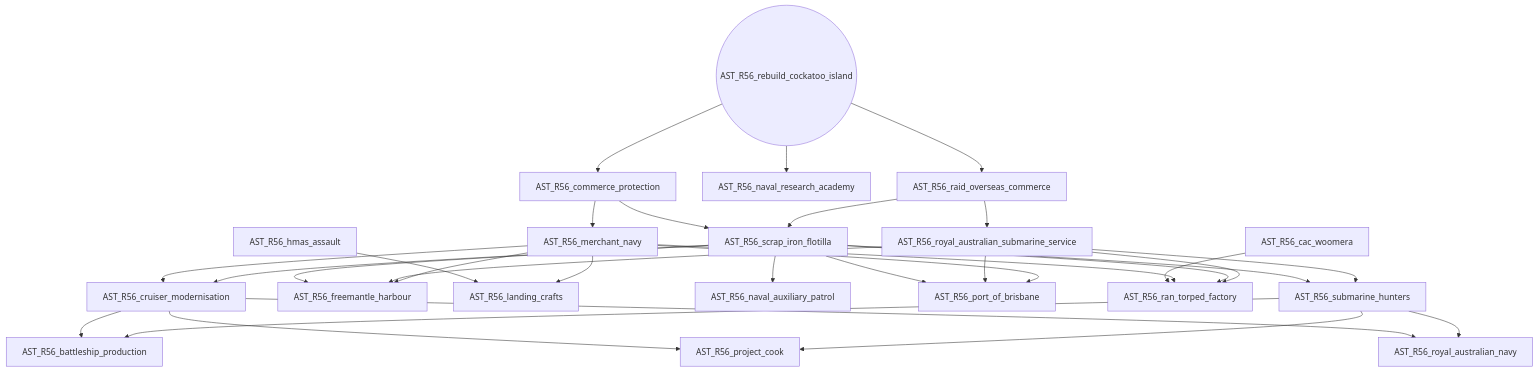
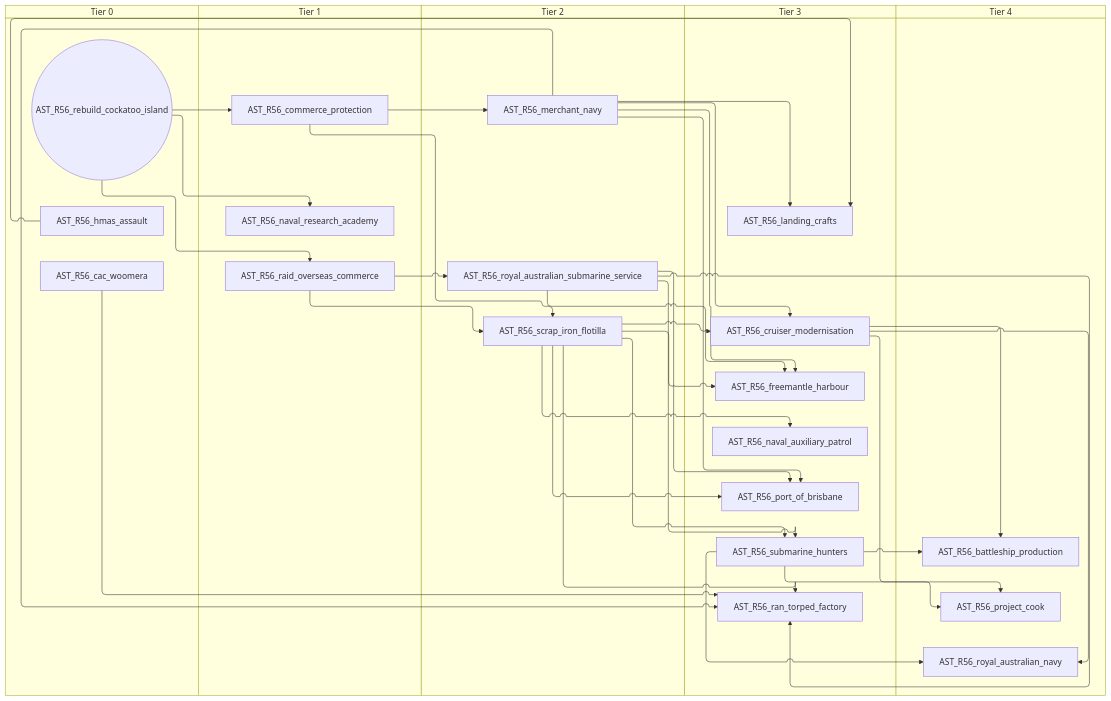
One commit to evgeny-sobol/hoi4-sandbox-mode-r56 changed the eighth of 12 diagrams in docs/gdd/National Focuses/australia.md. Above: the diagram before and after it, drawn with Mermaid. The commit also changed other lines of this file and 423 other files, not shown here.

First line of the commit message:
Re-export Rt56 focus trees as swimlane diagrams

````diff
--- a/docs/gdd/National Focuses/australia.md
+++ b/docs/gdd/National Focuses/australia.md
@@ -431,52 +521,62 @@
 ```mermaid
-flowchart TD
-    n130["AST_R56_battleship_production"]
-    n83["AST_R56_cac_woomera"]
-    n131["AST_R56_commerce_protection"]
-    n132["AST_R56_cruiser_modernisation"]
-    n133["AST_R56_freemantle_harbour"]
-    n64["AST_R56_hmas_assault"]
-    n66["AST_R56_landing_crafts"]
-    n68["AST_R56_merchant_navy"]
-    n134["AST_R56_naval_auxiliary_patrol"]
-    n135["AST_R56_naval_research_academy"]
-    n136["AST_R56_port_of_brisbane"]
-    n137["AST_R56_project_cook"]
-    n138["AST_R56_raid_overseas_commerce"]
-    n89["AST_R56_ran_torped_factory"]
-    n139(("AST_R56_rebuild_cockatoo_island"))
-    n140["AST_R56_royal_australian_navy"]
-    n91["AST_R56_royal_australian_submarine_service"]
-    n92["AST_R56_scrap_iron_flotilla"]
-    n141["AST_R56_submarine_hunters"]
-    n132 --> n130
-    n141 --> n130
-    n139 --> n131
-    n68 --> n132
-    n92 --> n132
-    n92 --> n133
-    n91 --> n133
-    n68 --> n133
-    n64 --> n66
-    n68 --> n66
-    n131 --> n68
-    n92 --> n134
-    n139 --> n135
-    n92 --> n136
-    n91 --> n136
-    n68 --> n136
-    n132 --> n137
-    n141 --> n137
-    n139 --> n138
-    n83 --> n89
-    n68 --> n89
-    n92 --> n89
-    n91 --> n89
-    n132 --> n140
-    n141 --> n140
-    n138 --> n91
-    n131 --> n92
-    n138 --> n92
-    n92 --> n141
-    n91 --> n141
+swimlane-beta TD
+    subgraph tier_0["Tier 0"]
+        n84["AST_R56_cac_woomera"]
+        n65["AST_R56_hmas_assault"]
+        n130(("AST_R56_rebuild_cockatoo_island"))
+    end
+    subgraph tier_1["Tier 1"]
+        n131["AST_R56_commerce_protection"]
+        n132["AST_R56_naval_research_academy"]
+        n133["AST_R56_raid_overseas_commerce"]
+    end
+    subgraph tier_2["Tier 2"]
+        n59["AST_R56_merchant_navy"]
+        n78["AST_R56_royal_australian_submarine_service"]
+        n79["AST_R56_scrap_iron_flotilla"]
+    end
+    subgraph tier_3["Tier 3"]
+        n134["AST_R56_cruiser_modernisation"]
+        n135["AST_R56_freemantle_harbour"]
+        n69["AST_R56_landing_crafts"]
+        n136["AST_R56_naval_auxiliary_patrol"]
+        n137["AST_R56_port_of_brisbane"]
+        n89["AST_R56_ran_torped_factory"]
+        n138["AST_R56_submarine_hunters"]
+    end
+    subgraph tier_4["Tier 4"]
+        n139["AST_R56_battleship_production"]
+        n140["AST_R56_project_cook"]
+        n141["AST_R56_royal_australian_navy"]
+    end
+    n134 --> n139
+    n138 --> n139
+    n130 --> n131
+    n59 --> n134
+    n79 --> n134
+    n79 --> n135
+    n78 --> n135
+    n59 --> n135
+    n65 --> n69
+    n59 --> n69
+    n131 --> n59
+    n79 --> n136
+    n130 --> n132
+    n79 --> n137
+    n78 --> n137
+    n59 --> n137
+    n134 --> n140
+    n138 --> n140
+    n130 --> n133
+    n84 --> n89
+    n59 --> n89
+    n79 --> n89
+    n78 --> n89
+    n134 --> n141
+    n138 --> n141
+    n133 --> n78
+    n131 --> n79
+    n133 --> n79
+    n79 --> n138
+    n78 --> n138
 ```
````
